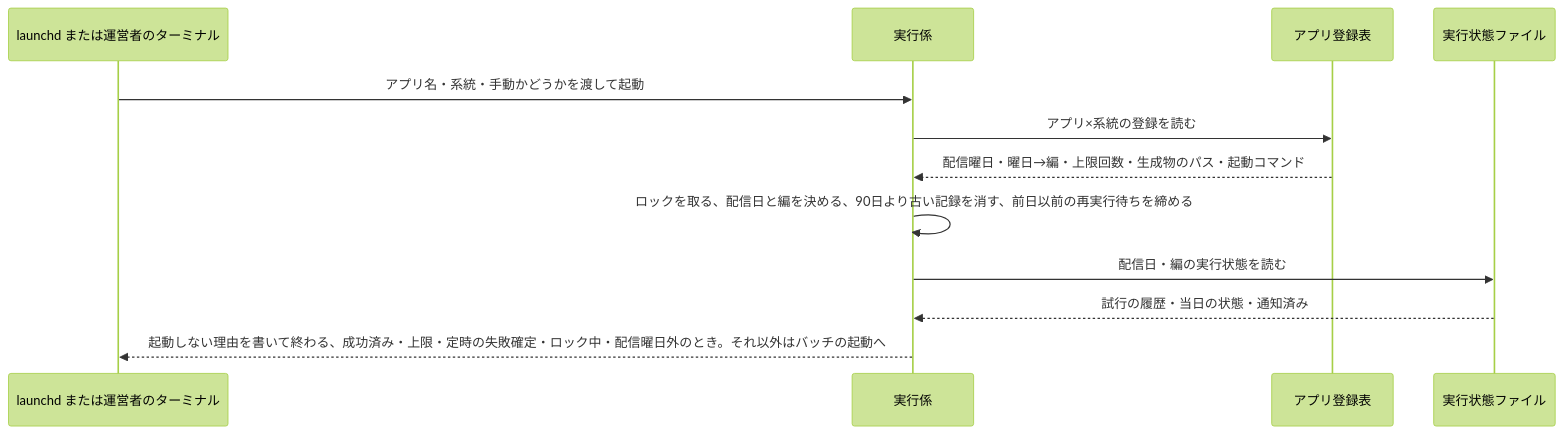
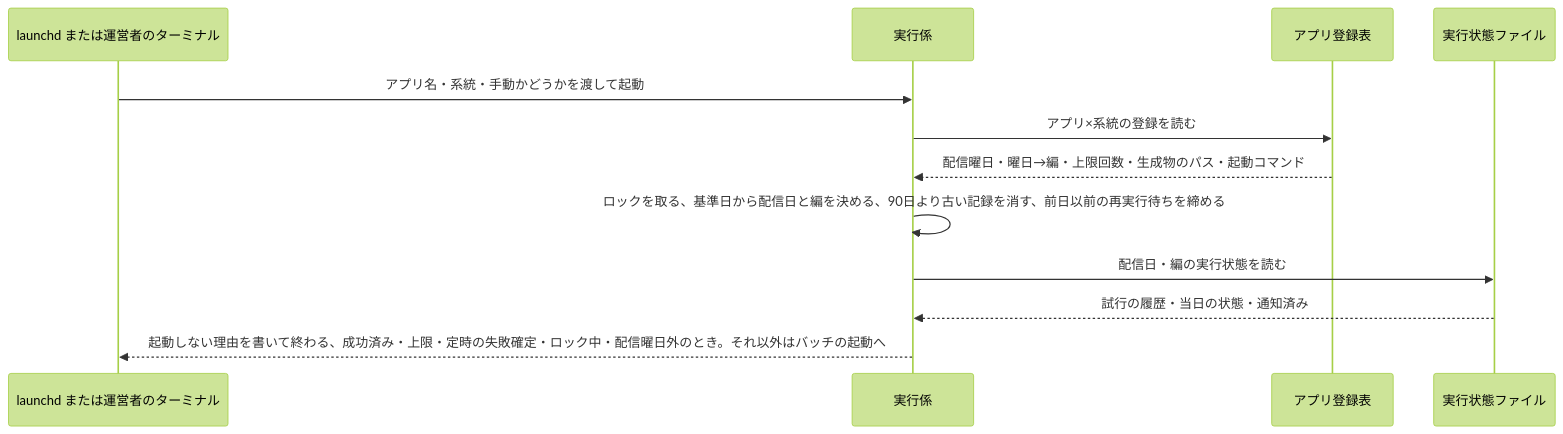
One commit to dnode-ryosuke-yamazaki/study changed the first of 6 diagrams in apps/digest-platform/specs/batch-runner/design.md. Above: the diagram before and after it, drawn with Mermaid (forest theme). The commit also changed other lines of this file and 5 other files, not shown here.

````diff
--- a/apps/digest-platform/specs/batch-runner/design.md
+++ b/apps/digest-platform/specs/batch-runner/design.md
@@ -56,14 +60,14 @@
 ```mermaid
 sequenceDiagram
     participant L as launchd または運営者のターミナル
     participant R as 実行係
     participant A as アプリ登録表
     participant S as 実行状態ファイル
     L->>R: アプリ名・系統・手動かどうかを渡して起動
     R->>A: アプリ×系統の登録を読む
     A-->>R: 配信曜日・曜日→編・上限回数・生成物のパス・起動コマンド
-    R->>R: ロックを取る、配信日と編を決める、90日より古い記録を消す、前日以前の再実行待ちを締める
+    R->>R: ロックを取る、基準日から配信日と編を決める、90日より古い記録を消す、前日以前の再実行待ちを締める
     R->>S: 配信日・編の実行状態を読む
     S-->>R: 試行の履歴・当日の状態・通知済み
     R-->>L: 起動しない理由を書いて終わる、成功済み・上限・定時の失敗確定・ロック中・配信曜日外のとき。それ以外はバッチの起動へ
 ```
````
